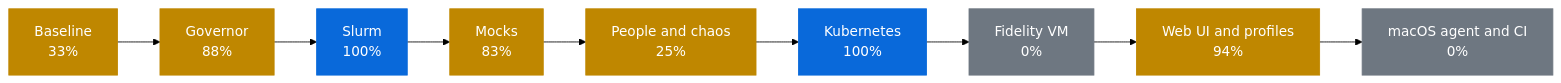
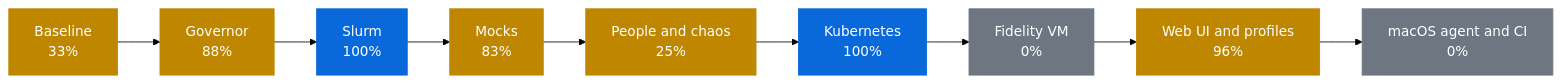
One commit to AhmedYousriSobhi/workbench changed the first of 2 diagrams in docs/PROGRESS.md. Above: the diagram before and after it, drawn with Mermaid (forest theme). The commit also changed other lines of this file and 11 other files, not shown here.

````diff
--- a/docs/PROGRESS.md
+++ b/docs/PROGRESS.md
@@ -10,17 +10,17 @@
 ```mermaid
 flowchart LR
     p0["Baseline<br/>33%"]:::partial
     p1["Governor<br/>88%"]:::partial
     p2["Slurm<br/>100%"]:::review
     p3["Mocks<br/>83%"]:::partial
     p4["People and chaos<br/>25%"]:::partial
     p5["Kubernetes<br/>100%"]:::review
     p6["Fidelity VM<br/>0%"]:::todo
-    p7["Web UI and profiles<br/>94%"]:::partial
+    p7["Web UI and profiles<br/>96%"]:::partial
     p8["macOS agent and CI<br/>0%"]:::todo
     p0 --> p1 --> p2 --> p3 --> p4 --> p5 --> p6 --> p7 --> p8
     classDef done fill:#1a7f37,stroke:#1a7f37,color:#fff
     classDef review fill:#0969da,stroke:#0969da,color:#fff
     classDef partial fill:#bf8700,stroke:#bf8700,color:#fff
     classDef todo fill:#6e7781,stroke:#6e7781,color:#fff
 ```
````
